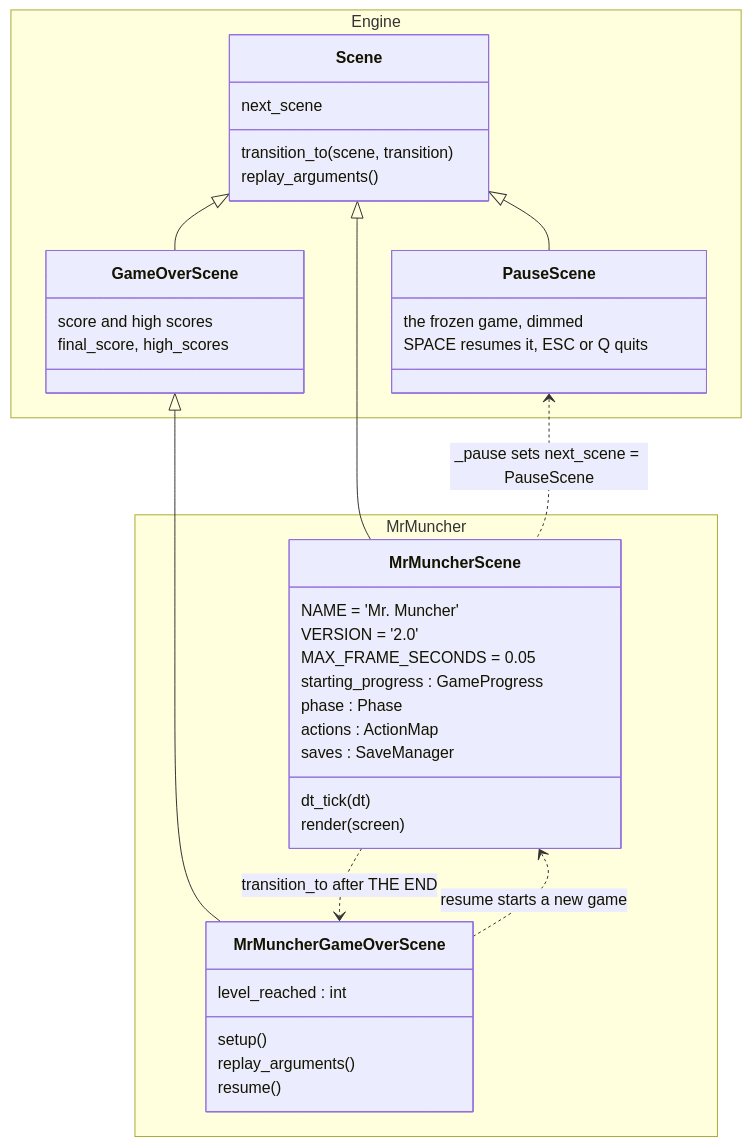
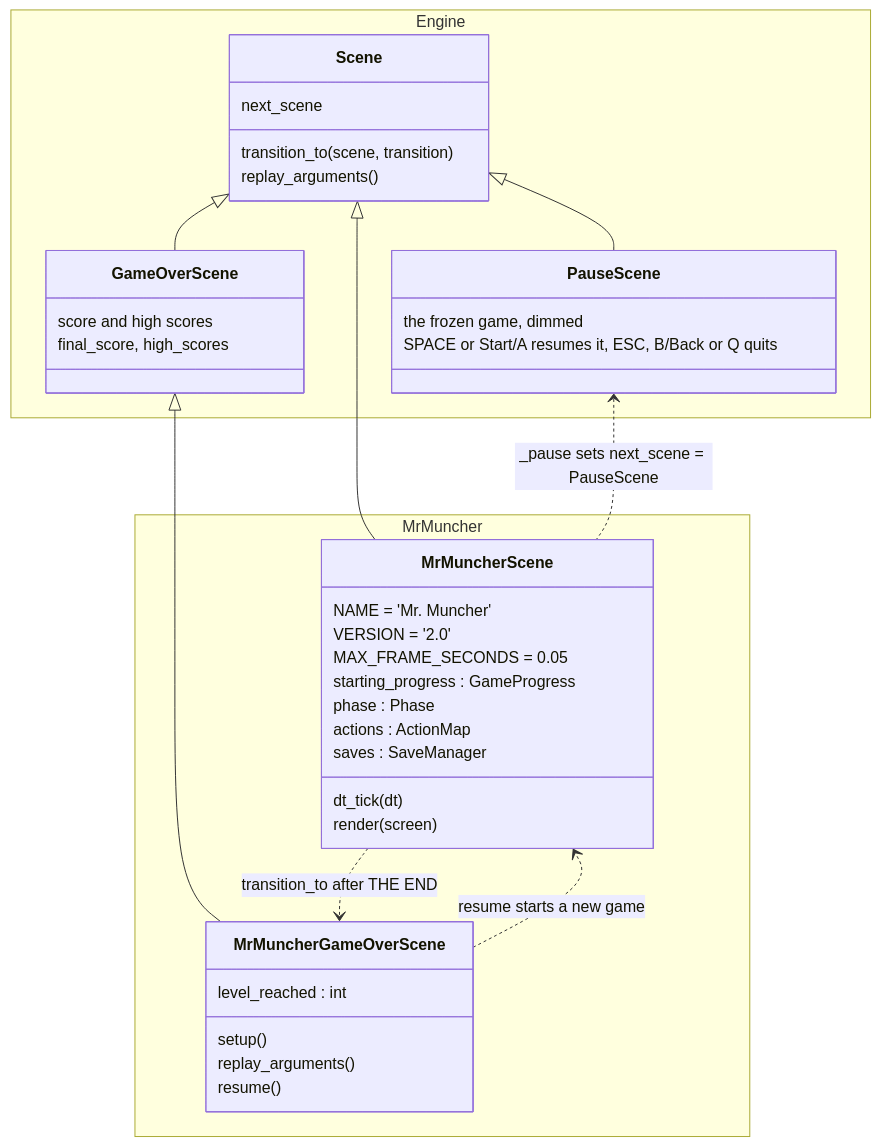
The second of 7 diagrams in docs/games/mr_muncher.md (terrysimons/glitchygames), drawn with Mermaid before and after one commit. The commit also changed other lines of this file and 93 other files, not shown here.

````diff
--- a/docs/games/mr_muncher.md
+++ b/docs/games/mr_muncher.md
@@ -132,47 +132,47 @@
 ```mermaid
 classDiagram
     direction TB
     namespace Engine {
         class Scene {
             next_scene
             transition_to(scene, transition)
             replay_arguments()
         }
         class PauseScene {
             the frozen game, dimmed
-            SPACE resumes it, ESC or Q quits
+            SPACE or Start/A resumes it, ESC, B/Back or Q quits
         }
         class GameOverScene {
             score and high scores
             final_score, high_scores
         }
     }
     namespace MrMuncher {
         class MrMuncherScene {
             NAME = 'Mr. Muncher'
             VERSION = '2.0'
             MAX_FRAME_SECONDS = 0.05
             starting_progress : GameProgress
             phase : Phase
             actions : ActionMap
             saves : SaveManager
             dt_tick(dt)
             render(screen)
         }
         class MrMuncherGameOverScene {
             level_reached : int
             setup()
             replay_arguments()
             resume()
         }
     }
 
     Scene <|-- PauseScene
     Scene <|-- GameOverScene
     Scene <|-- MrMuncherScene
     GameOverScene <|-- MrMuncherGameOverScene
 
     PauseScene <.. MrMuncherScene : _pause sets next_scene = PauseScene
     MrMuncherScene ..> MrMuncherGameOverScene : transition_to after THE END
     MrMuncherGameOverScene ..> MrMuncherScene : resume starts a new game
 ```
````
